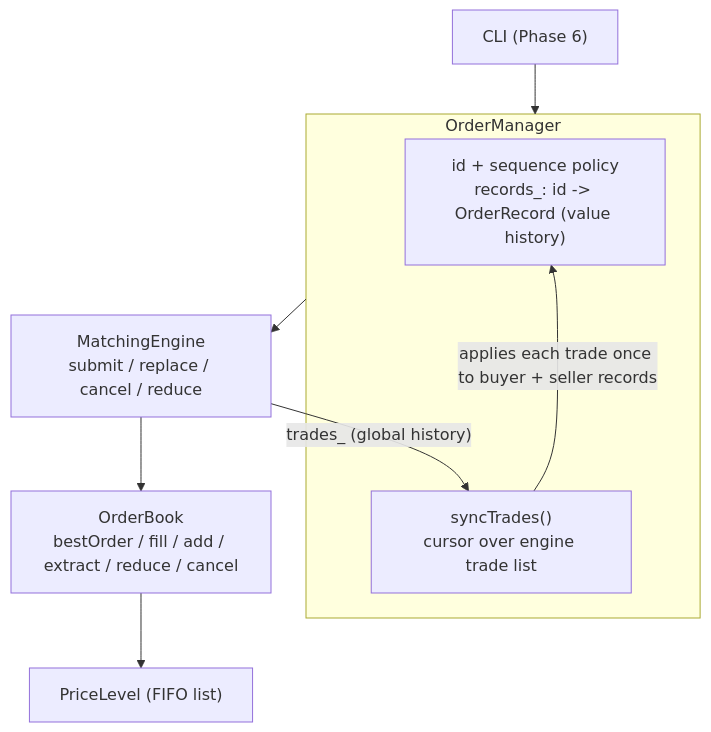
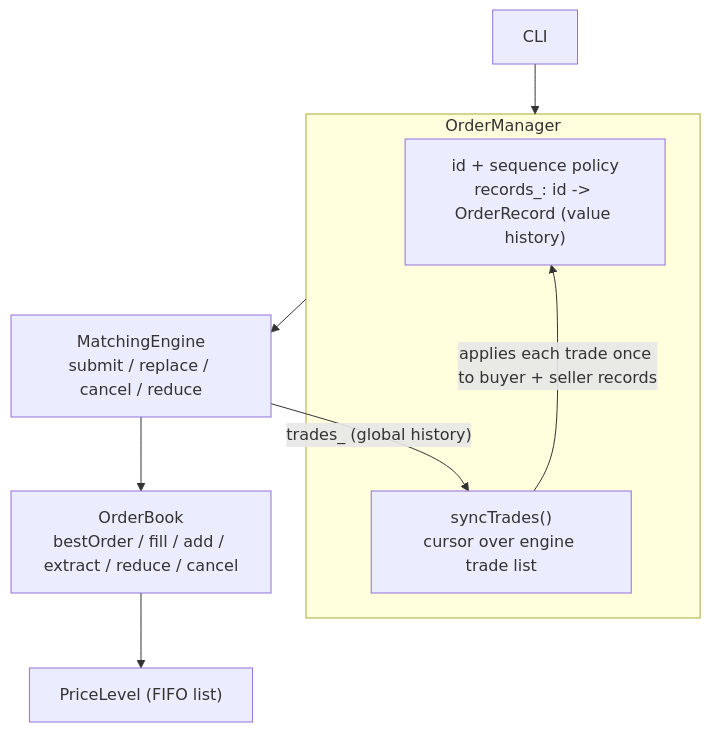
Before and after one commit to manthan108-ux/limit-order-book-matching-engine: the third of 6 diagrams in docs/ARCHITECTURE.md, drawn with Mermaid. The commit also changed other lines of this file and 5 other files, not shown here.

Commit message:
docs: overhaul README, architecture and verification documentation

````diff
--- a/docs/ARCHITECTURE.md
+++ b/docs/ARCHITECTURE.md
@@ -227,13 +360,13 @@
 ```mermaid
 flowchart TD
-    CLI["CLI (Phase 6)"] --> OM
+    CLI["CLI"] --> OM
     subgraph OM["OrderManager"]
         ID["id + sequence policy<br/>records_: id -> OrderRecord (value history)"]
         SY["syncTrades()<br/>cursor over engine trade list"]
     end
     OM --> ME["MatchingEngine<br/>submit / replace / cancel / reduce"]
     ME --> OB["OrderBook<br/>bestOrder / fill / add / extract / reduce / cancel"]
     OB --> PL["PriceLevel (FIFO list)"]
     ME -- "trades_ (global history)" --> SY
     SY -- "applies each trade once to buyer + seller records" --> ID
 ```
````
